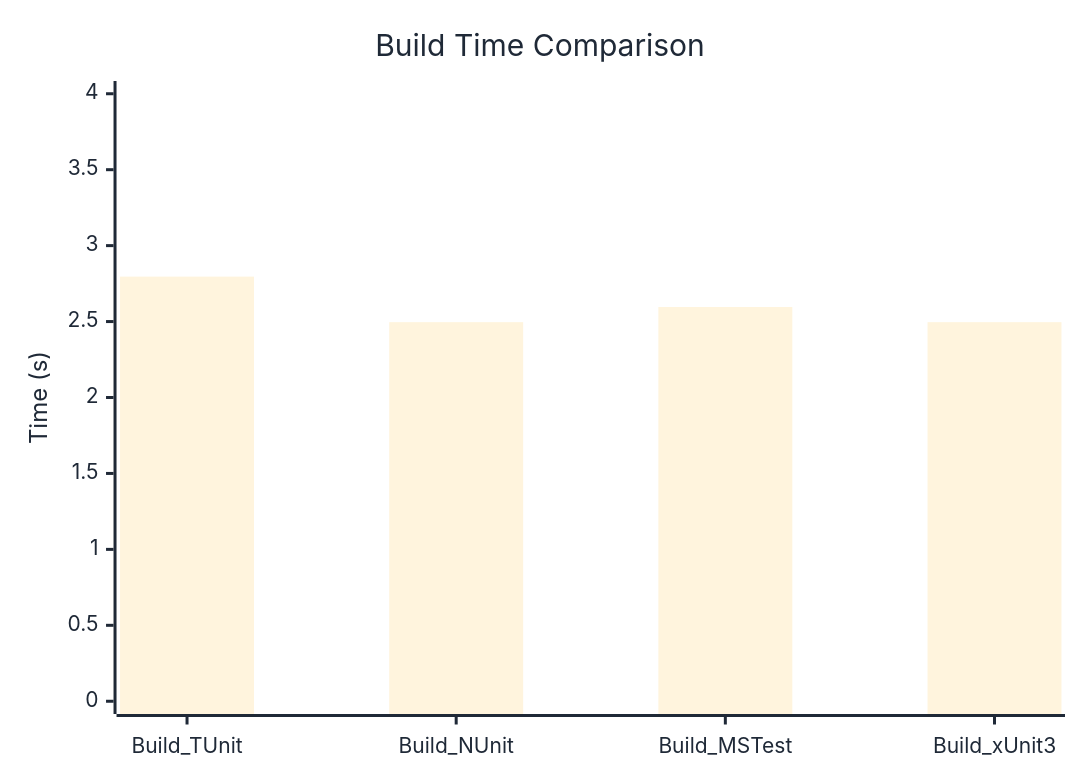
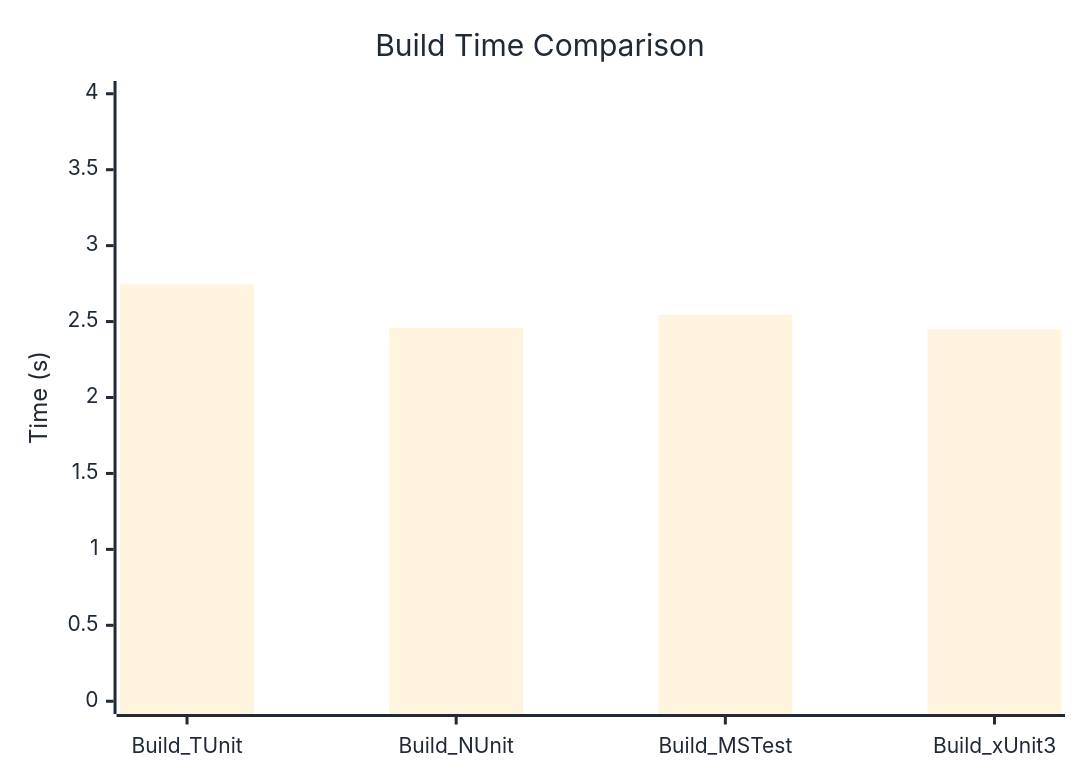
The diagram in docs/docs/benchmarks/BuildTime.md (thomhurst/TUnit), drawn with Mermaid before and after one commit. The commit also changed other lines of this file and 17 other files, not shown here.

````diff
--- a/docs/docs/benchmarks/BuildTime.md
+++ b/docs/docs/benchmarks/BuildTime.md
@@ -28,37 +28,37 @@
 ```mermaid
 %%{init: {
   'theme':'base',
   'themeVariables': {
     'primaryColor': '#2563eb',
     'primaryTextColor': '#1f2937',
     'primaryBorderColor': '#1e40af',
     'lineColor': '#6b7280',
     'secondaryColor': '#7c3aed',
     'tertiaryColor': '#dc2626',
     'background': '#ffffff',
     'mainBkg': '#2563eb',
     'secondBkg': '#7c3aed',
     'tertiaryBkg': '#dc2626',
     'clusterBkg': '#f3f4f6',
     'edgeLabelBackground': '#ffffff',
     'tertiaryTextColor': '#1f2937',
     'pie1': '#2563eb',
     'pie2': '#7c3aed',
     'pie3': '#dc2626',
     'pie4': '#f59e0b',
     'pie5': '#10b981',
     'pie6': '#06b6d4',
     'pie7': '#ec4899',
     'pie8': '#6366f1',
     'pie9': '#84cc16',
     'pie10': '#f97316',
     'pie11': '#14b8a6',
     'pie12': '#a855f7'
   }
 }}%%
 xychart-beta
   title "Build Time Comparison"
   x-axis ["Build_TUnit", "Build_NUnit", "Build_MSTest", "Build_xUnit3"]
   y-axis "Time (s)" 0 --> 4
-  bar [2.796, 2.496, 2.596, 2.496]
+  bar [2.745, 2.459, 2.545, 2.449]
 ```
````
